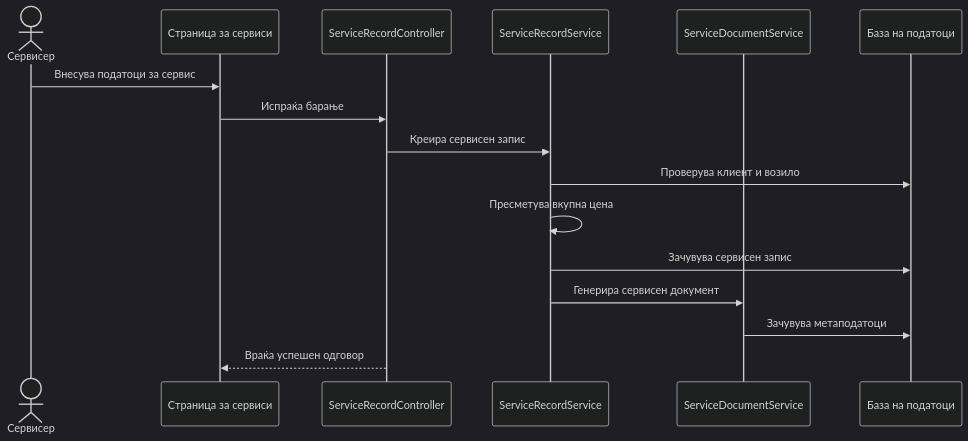
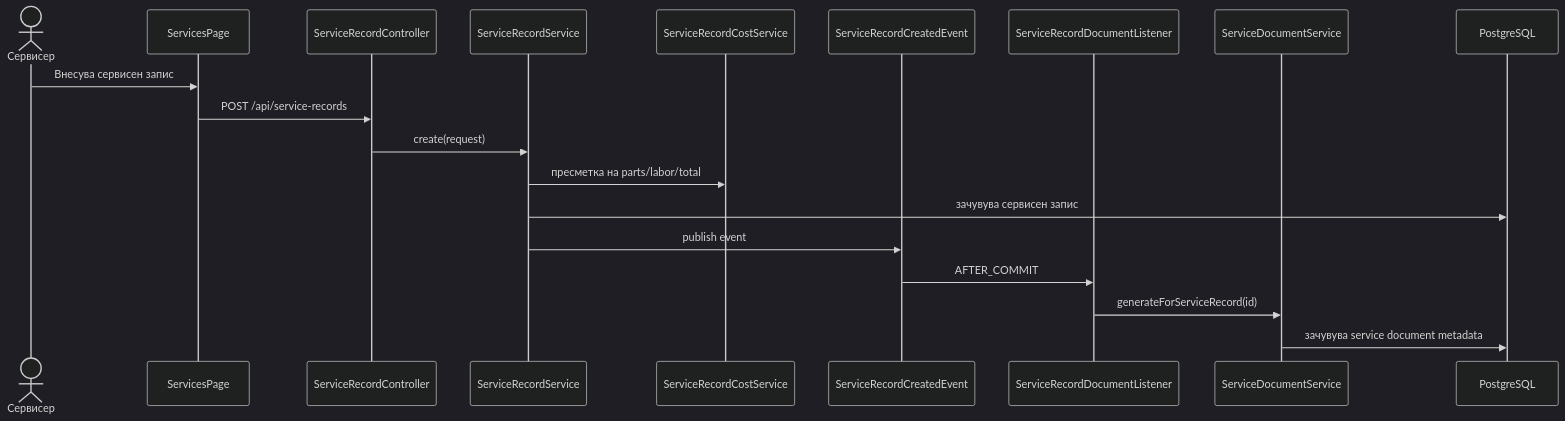
The fifth of 6 diagrams in docs/sds_mk.md (delenikov/car-care), drawn with Mermaid (dark theme) before and after one commit. The commit also changed other lines of this file and 36 other files, not shown here.

````diff
--- a/docs/sds_mk.md
+++ b/docs/sds_mk.md
@@ -593,19 +686,22 @@
 ```mermaid
 sequenceDiagram
   actor Employee as Сервисер
-  participant UI as Страница за сервиси
+  participant UI as ServicesPage
   participant API as ServiceRecordController
   participant Service as ServiceRecordService
+  participant Cost as ServiceRecordCostService
+  participant Events as ServiceRecordCreatedEvent
+  participant Listener as ServiceRecordDocumentListener
   participant Docs as ServiceDocumentService
-  participant DB as База на податоци
+  participant DB as PostgreSQL
 
-  Employee->>UI: Внесува податоци за сервис
-  UI->>API: Испраќа барање
-  API->>Service: Креира сервисен запис
-  Service->>DB: Проверува клиент и возило
-  Service->>Service: Пресметува вкупна цена
-  Service->>DB: Зачувува сервисен запис
-  Service->>Docs: Генерира сервисен документ
-  Docs->>DB: Зачувува метаподатоци
-  API-->>UI: Враќа успешен одговор
+  Employee->>UI: Внесува сервисен запис
+  UI->>API: POST /api/service-records
+  API->>Service: create(request)
+  Service->>Cost: пресметка на parts/labor/total
+  Service->>DB: зачувува сервисен запис
+  Service->>Events: publish event
+  Events->>Listener: AFTER_COMMIT
+  Listener->>Docs: generateForServiceRecord(id)
+  Docs->>DB: зачувува service document metadata
 ```
````
